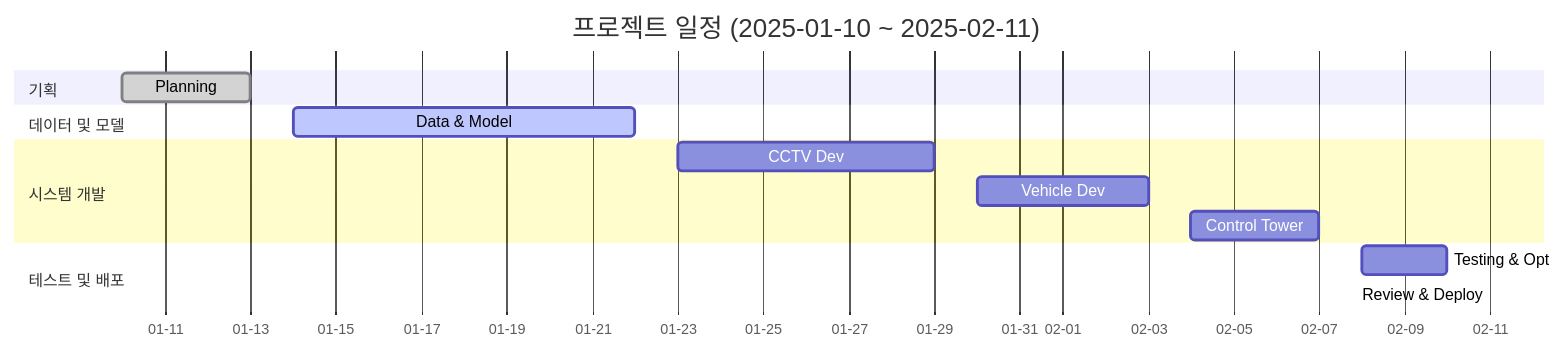
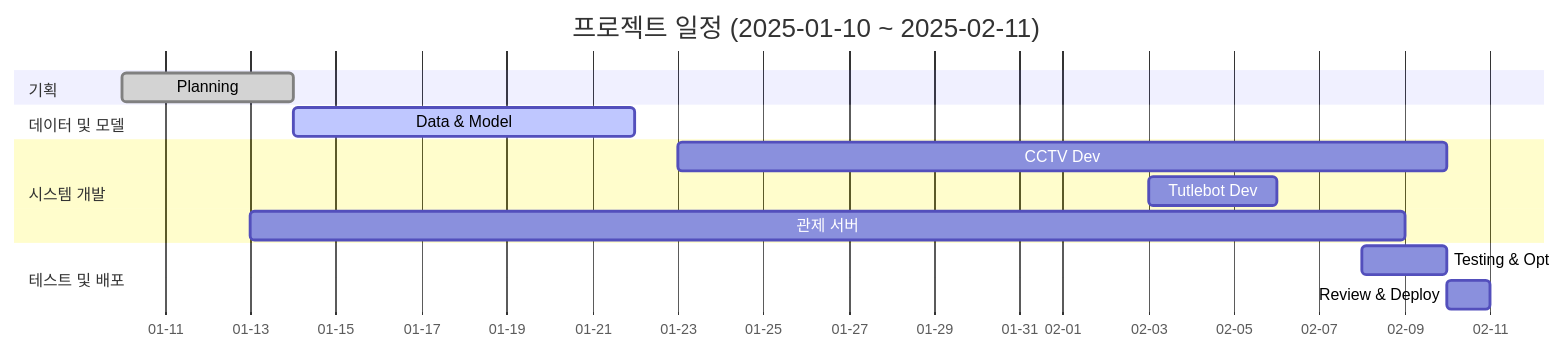
One commit to te31eawq/AI_CCTV changed the diagram in README.md. Above: the diagram before and after it, drawn with Mermaid.

````diff
--- a/README.md
+++ b/README.md
@@ -14,21 +14,21 @@
 ```mermaid
 gantt
     title 프로젝트 일정 (2025-01-10 ~ 2025-02-11)
     dateFormat  YYYY-MM-DD
     axisFormat  %m-%d
 
     section 기획
-    Planning       :done,   p1, 2025-01-10, 2025-01-13
+    Planning       :done,   p1, 2025-01-10, 2025-01-14
 
     section 데이터 및 모델
     Data & Model   :active, d1, 2025-01-14, 2025-01-22
 
     section 시스템 개발
-    CCTV Dev       :       c1, 2025-01-23, 2025-01-29
-    Vehicle Dev    :       v1, 2025-01-30, 2025-02-03
-    Control Tower  :       ct1, 2025-02-04, 2025-02-07
+    CCTV Dev       :       c1, 2025-01-23, 2025-02-10
+    Tutlebot Dev   :       v1, 2025-02-03, 2025-02-06
+    관제 서버      :       ct1, 2025-01-13, 2025-02-09
 
     section 테스트 및 배포
     Testing & Opt  :       t1, 2025-02-08, 2025-02-10
-    Review & Deploy:       r1, 2025-02-11, 2025-02-11
+    Review & Deploy:       r1, 2025-02-10, 2025-02-11
 ```
````
